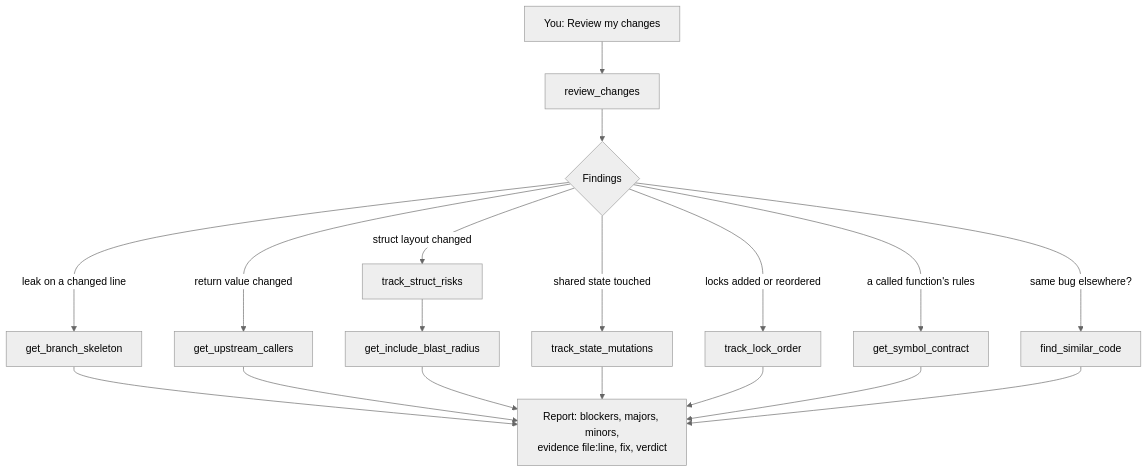
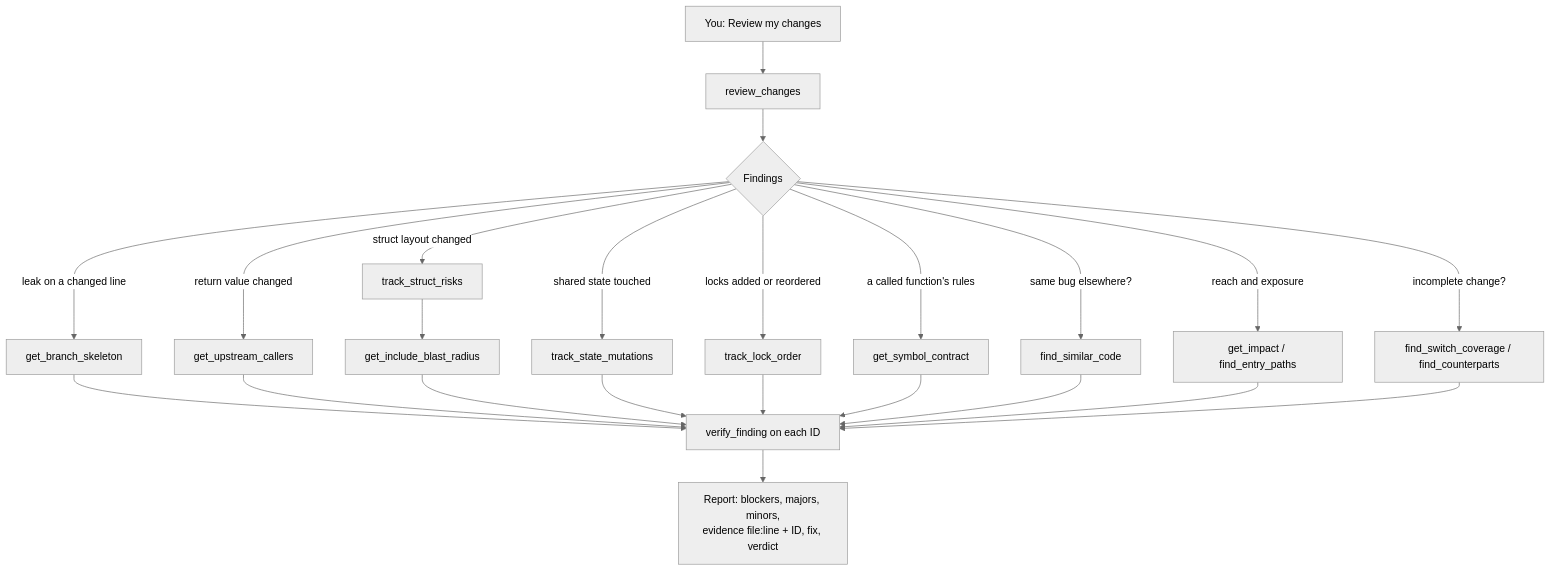
The fourth of 5 diagrams in docs/mcp-guide.md (rashmirrout/StaticSight), drawn with Mermaid (neutral theme) before and after one commit. The commit also changed other lines of this file and 174 other files, not shown here.

Commit message:
Expand code intelligence tools and improve cross-platform reliability 	- Add graph analysis, change planning, and finding verification tools       	- Add embedding model selection and improve Windows path and IPv6 handling 	- Expand documentation, fixtures, and Python/TypeScript parity coverage

````diff
--- a/docs/mcp-guide.md
+++ b/docs/mcp-guide.md
@@ -187,14 +216,17 @@
 ```mermaid
 flowchart TD
     Q["You: Review my changes"] --> R[review_changes]
     R --> D{Findings}
     D -->|leak on a changed line| K[get_branch_skeleton]
     D -->|return value changed| C[get_upstream_callers]
     D -->|struct layout changed| S[track_struct_risks]
     S --> B[get_include_blast_radius]
     D -->|shared state touched| M[track_state_mutations]
     D -->|locks added or reordered| O[track_lock_order]
     D -->|a called function's rules| T[get_symbol_contract]
     D -->|same bug elsewhere?| F[find_similar_code]
-    K & C & B & M & O & T & F --> V[Report: blockers, majors, minors,<br/>evidence file:line, fix, verdict]
+    D -->|reach and exposure| I[get_impact / find_entry_paths]
+    D -->|incomplete change?| P[find_switch_coverage / find_counterparts]
+    K & C & B & M & O & T & F & I & P --> X[verify_finding on each ID]
+    X --> V[Report: blockers, majors, minors,<br/>evidence file:line + ID, fix, verdict]
 ```
````
